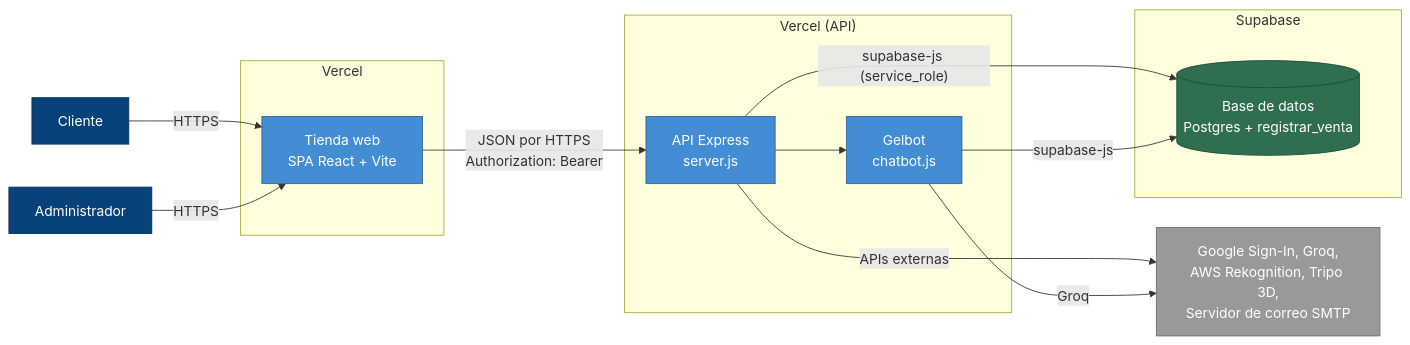
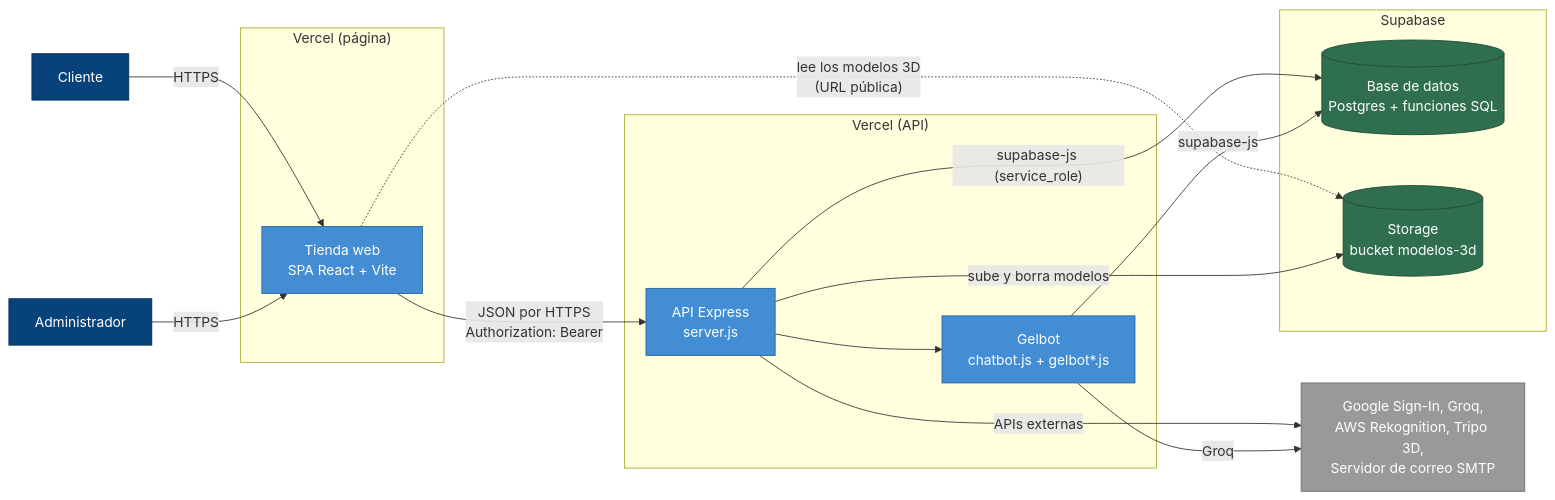
The diagram in docs/arquitectura/03-contenedores.md (cristian-0023/SUPER-GELATTO), drawn with Mermaid before and after one commit. The commit also changed other lines of this file and 9 other files, not shown here.

````diff
--- a/docs/arquitectura/03-contenedores.md
+++ b/docs/arquitectura/03-contenedores.md
@@ -37,34 +38,37 @@
 ```mermaid
 flowchart LR
   classDef persona fill:#08427b,stroke:#052e56,color:#fff
   classDef contenedor fill:#438dd5,stroke:#2e6295,color:#fff
   classDef datos fill:#2f6f4f,stroke:#1f4a35,color:#fff
   classDef externo fill:#999999,stroke:#6b6b6b,color:#fff
 
   C["Cliente"]:::persona
   AD["Administrador"]:::persona
 
-  subgraph VERCEL["Vercel"]
+  subgraph VERCEL_WEB["Vercel (página)"]
     W["Tienda web<br/>SPA React + Vite"]:::contenedor
   end
 
-  subgraph RENDER["Vercel (API)"]
+  subgraph VERCEL_API["Vercel (API)"]
     API["API Express<br/>server.js"]:::contenedor
-    GB["Gelbot<br/>chatbot.js"]:::contenedor
+    GB["Gelbot<br/>chatbot.js + gelbot*.js"]:::contenedor
   end
 
   subgraph SUPA["Supabase"]
-    DB[("Base de datos<br/>Postgres + registrar_venta")]:::datos
+    DB[("Base de datos<br/>Postgres + funciones SQL")]:::datos
+    ST[("Storage<br/>bucket modelos-3d")]:::datos
   end
 
   EXT["Google Sign-In, Groq,<br/>AWS Rekognition, Tripo 3D,<br/>Servidor de correo SMTP"]:::externo
 
   C -->|"HTTPS"| W
   AD -->|"HTTPS"| W
   W -->|"JSON por HTTPS<br/>Authorization: Bearer"| API
+  W -.->|"lee los modelos 3D<br/>(URL pública)"| ST
   API --> GB
   API -->|"supabase-js (service_role)"| DB
+  API -->|"sube y borra modelos"| ST
   GB -->|"supabase-js"| DB
   API -->|"APIs externas"| EXT
   GB -->|"Groq"| EXT
 ```
````
